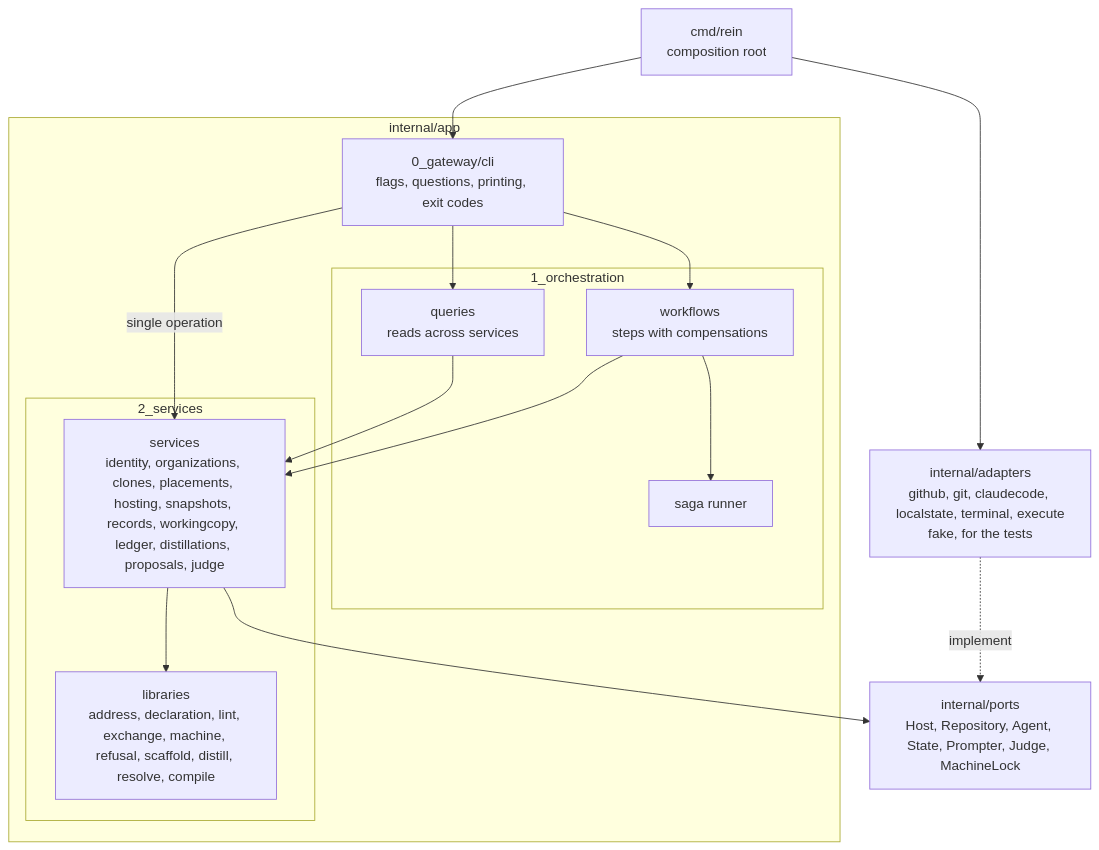
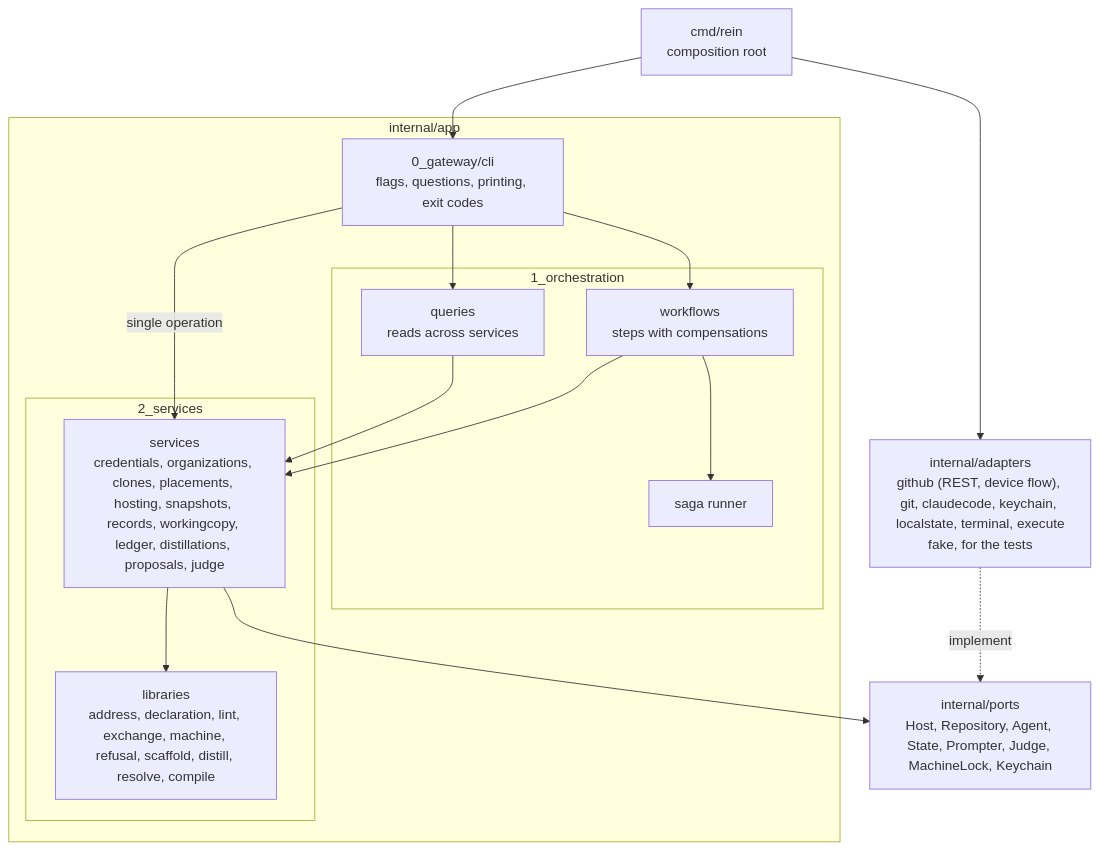
The diagram in docs/architecture.md (Danidani23/agents-rein), drawn with Mermaid before and after one commit. The commit also changed other lines of this file and 48 other files, not shown here.

````diff
--- a/docs/architecture.md
+++ b/docs/architecture.md
@@ -18,30 +18,30 @@
 ```mermaid
 flowchart TB
     main["cmd/rein<br/>composition root"]
     subgraph app["internal/app"]
         gateway["0_gateway/cli<br/>flags, questions, printing, exit codes"]
         subgraph orchestration["1_orchestration"]
             workflows["workflows<br/>steps with compensations"]
             queries["queries<br/>reads across services"]
             runner["saga runner"]
         end
         subgraph services["2_services"]
-            svc["services<br/>identity, organizations, clones, placements, hosting, snapshots, records, workingcopy, ledger, distillations, proposals, judge"]
+            svc["services<br/>credentials, organizations, clones, placements, hosting, snapshots, records, workingcopy, ledger, distillations, proposals, judge"]
             libs["libraries<br/>address, declaration, lint, exchange, machine, refusal, scaffold, distill, resolve, compile"]
         end
     end
-    ports["internal/ports<br/>Host, Repository, Agent, State, Prompter, Judge, MachineLock"]
-    adapters["internal/adapters<br/>github, git, claudecode, localstate, terminal, execute<br/>fake, for the tests"]
+    ports["internal/ports<br/>Host, Repository, Agent, State, Prompter, Judge, MachineLock, Keychain"]
+    adapters["internal/adapters<br/>github (REST, device flow), git, claudecode, keychain, localstate, terminal, execute<br/>fake, for the tests"]
 
     main --> gateway
     main --> adapters
     gateway --> workflows
     gateway --> queries
     gateway -- "single operation" --> svc
     workflows --> runner
     workflows --> svc
     queries --> svc
     svc --> ports
     svc --> libs
     adapters -. implement .-> ports
 ```
````
